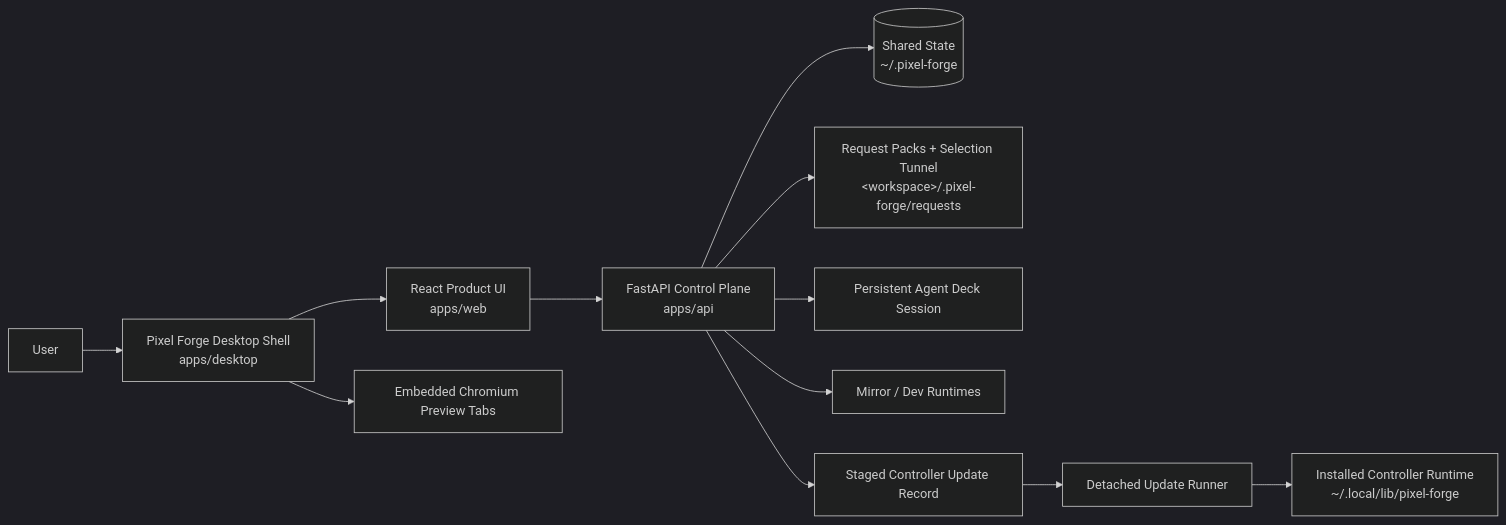
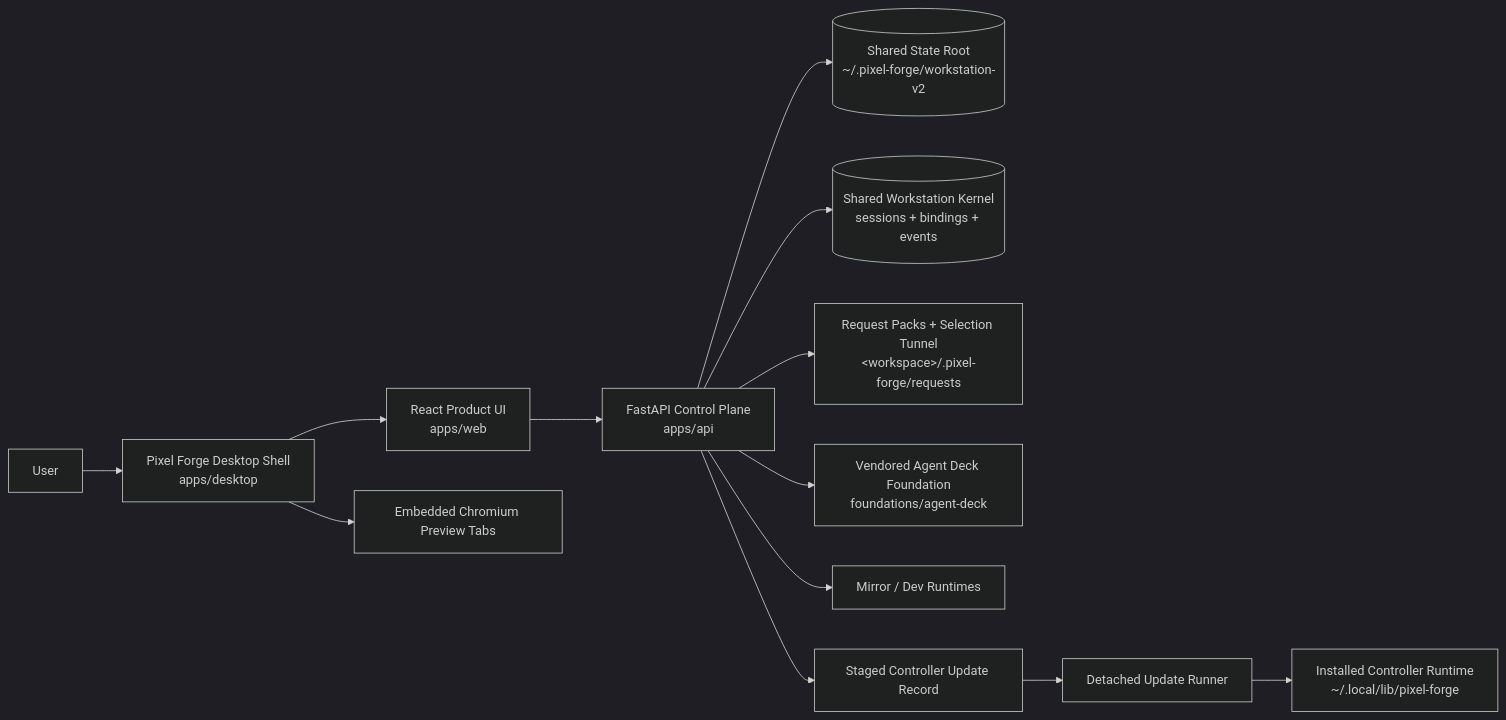
The second of 5 diagrams in ARCHITECTURE.md (arcforgelabs/pixel-forge), drawn with Mermaid (dark theme) before and after one commit. The commit also changed other lines of this file and 382 other files, not shown here.

Commit message:
feat: establish workstation-v2 shared chat kernel

````diff
--- a/ARCHITECTURE.md
+++ b/ARCHITECTURE.md
@@ -165,14 +184,15 @@
 ```mermaid
 flowchart LR
   User[User] --> Shell[Pixel Forge Desktop Shell<br/>apps/desktop]
   Shell --> UI[React Product UI<br/>apps/web]
   Shell --> Preview[Embedded Chromium Preview Tabs]
   UI --> API[FastAPI Control Plane<br/>apps/api]
-  API --> State[(Shared State<br/>~/.pixel-forge)]
+  API --> State[(Shared State Root<br/>~/.pixel-forge/workstation-v2)]
+  API --> Kernel[(Shared Workstation Kernel<br/>sessions + bindings + events)]
   API --> Packs[Request Packs + Selection Tunnel<br/>&lt;workspace&gt;/.pixel-forge/requests]
-  API --> AgentDeck[Persistent Agent Deck Session]
+  API --> AgentDeck[Vendored Agent Deck Foundation<br/>foundations/agent-deck]
   API --> Mirrors[Mirror / Dev Runtimes]
   API --> Staged[Staged Controller Update Record]
   Staged --> Runner[Detached Update Runner]
   Runner --> Installed[Installed Controller Runtime<br/>~/.local/lib/pixel-forge]
 ```
````
